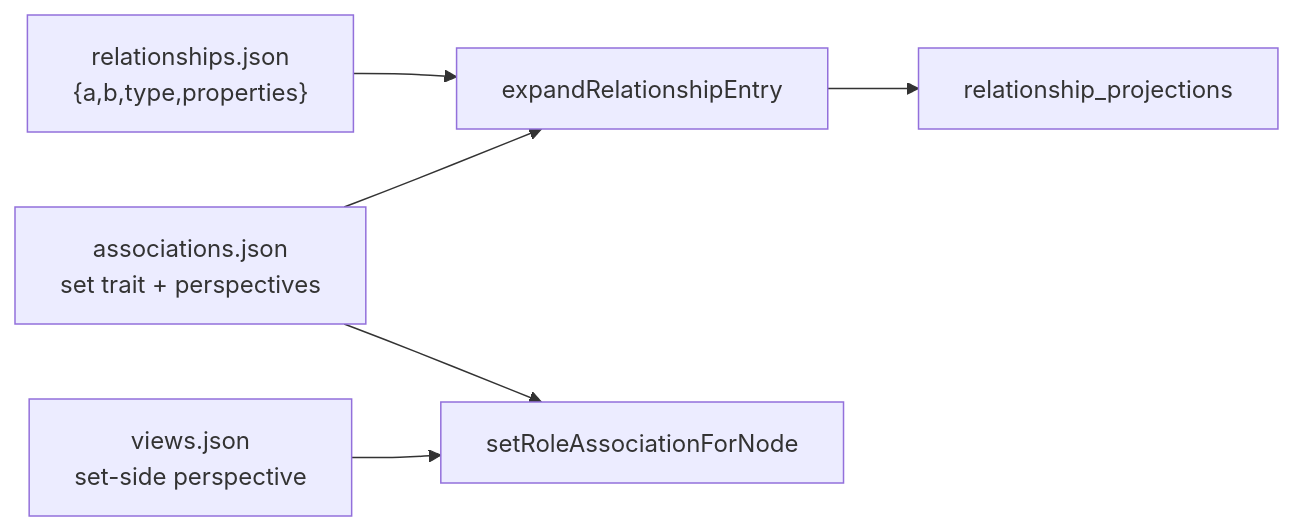
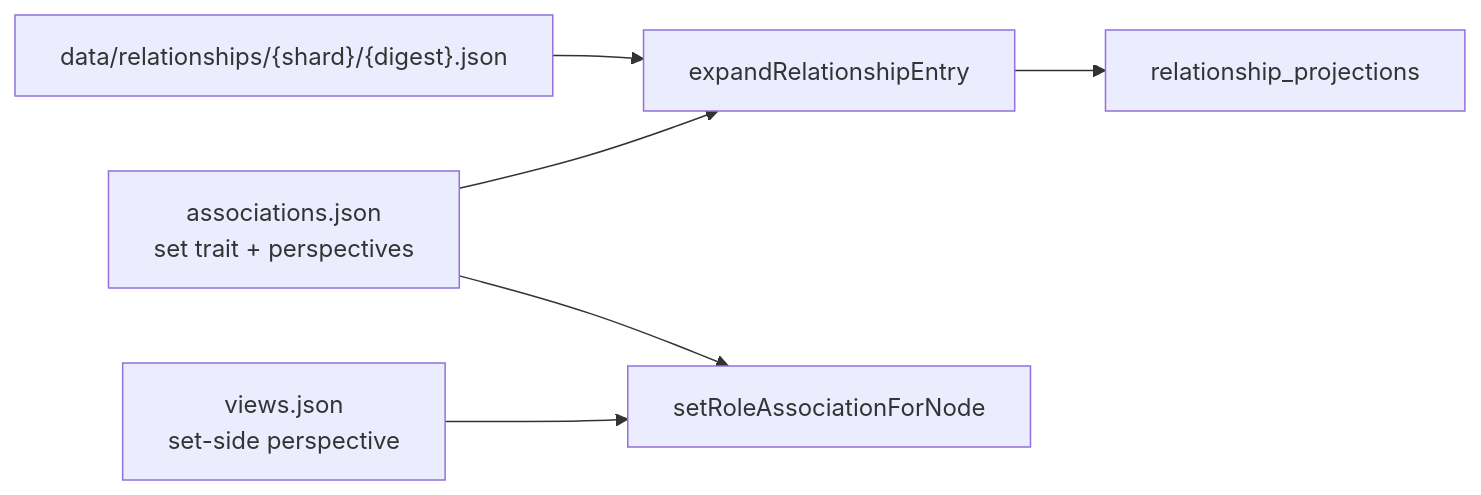
One commit to silentorb/tome changed the diagram in docs/features/sets.md. Above: the diagram before and after it, drawn with Mermaid. The commit also changed other lines of this file and 31 other files, not shown here.

First line of the commit message:
Store live graph data under content/data and archived nodes/edges under content/archive.

````diff
--- a/docs/features/sets.md
+++ b/docs/features/sets.md
@@ -142,15 +142,15 @@
 ```mermaid
 flowchart LR
-  JSON["relationships.json\n{a,b,type,properties}"]
+  JSON["data/relationships/{shard}/{digest}.json"]
   REG["associations.json\nset trait + perspectives"]
   VIEWS["views.json\nset-side perspective"]
   EXP["expandRelationshipEntry"]
   PROJ["relationship_projections"]
   CTX["setRoleAssociationForNode"]
 
   JSON --> EXP
   REG --> EXP
   EXP --> PROJ
   VIEWS --> CTX
   REG --> CTX
 ```
````
